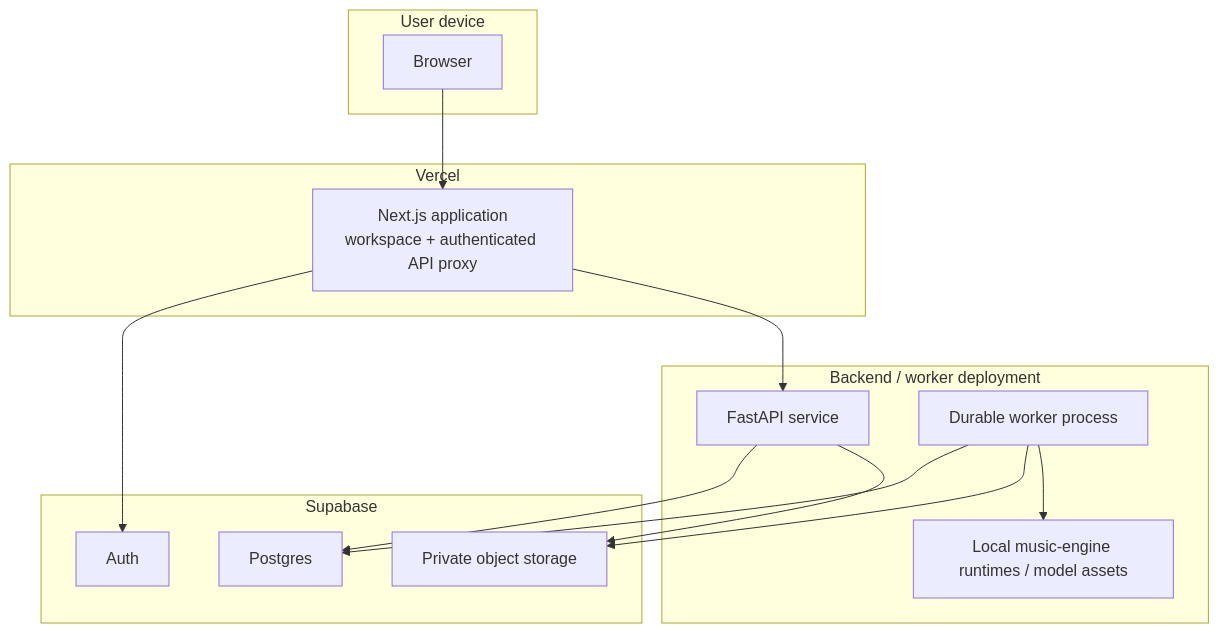
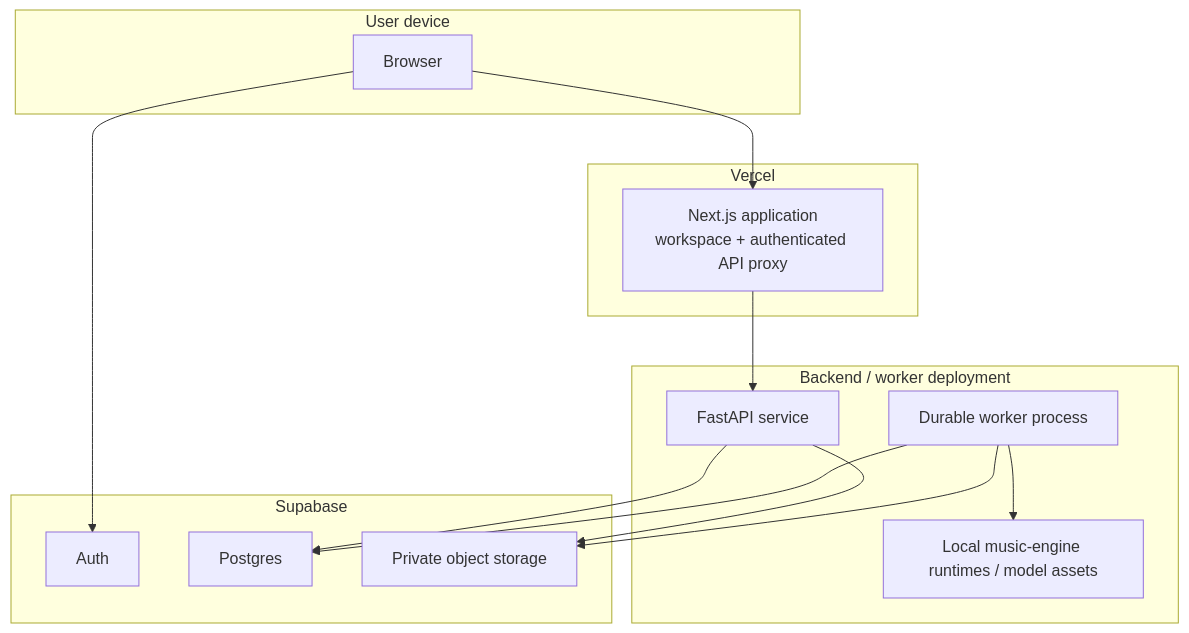
The third of 5 diagrams in docs/ARCHITECTURE.md (ListenCloser/listencloser), drawn with Mermaid before and after one commit.

Commit message:
docs: correct browser auth deployment edge

````diff
--- a/docs/ARCHITECTURE.md
+++ b/docs/ARCHITECTURE.md
@@ -73,31 +73,31 @@
 ```mermaid
 flowchart TB
     subgraph Client["User device"]
         Browser["Browser"]
     end
 
     subgraph Vercel["Vercel"]
         Next["Next.js application\nworkspace + authenticated API proxy"]
     end
 
     subgraph BackendHost["Backend / worker deployment"]
         API["FastAPI service"]
         Worker["Durable worker process"]
         Engines["Local music-engine runtimes / model assets"]
     end
 
     subgraph SupabaseCloud["Supabase"]
         Auth["Auth"]
         DB["Postgres"]
         Storage["Private object storage"]
     end
 
     Browser --> Next
-    Next --> Auth
+    Browser --> Auth
     Next --> API
     API --> DB
     API --> Storage
     Worker --> DB
     Worker --> Storage
     Worker --> Engines
 ```
````
